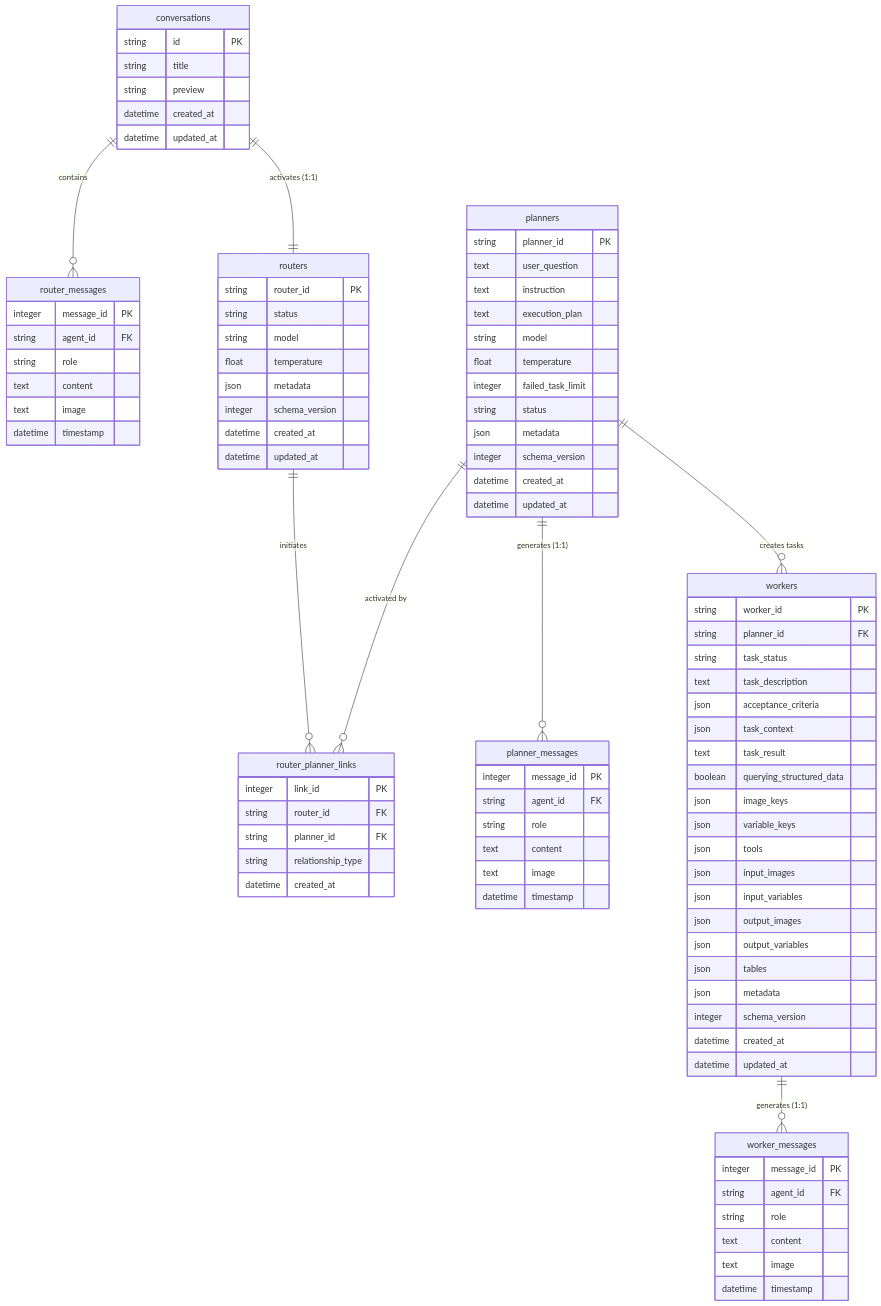
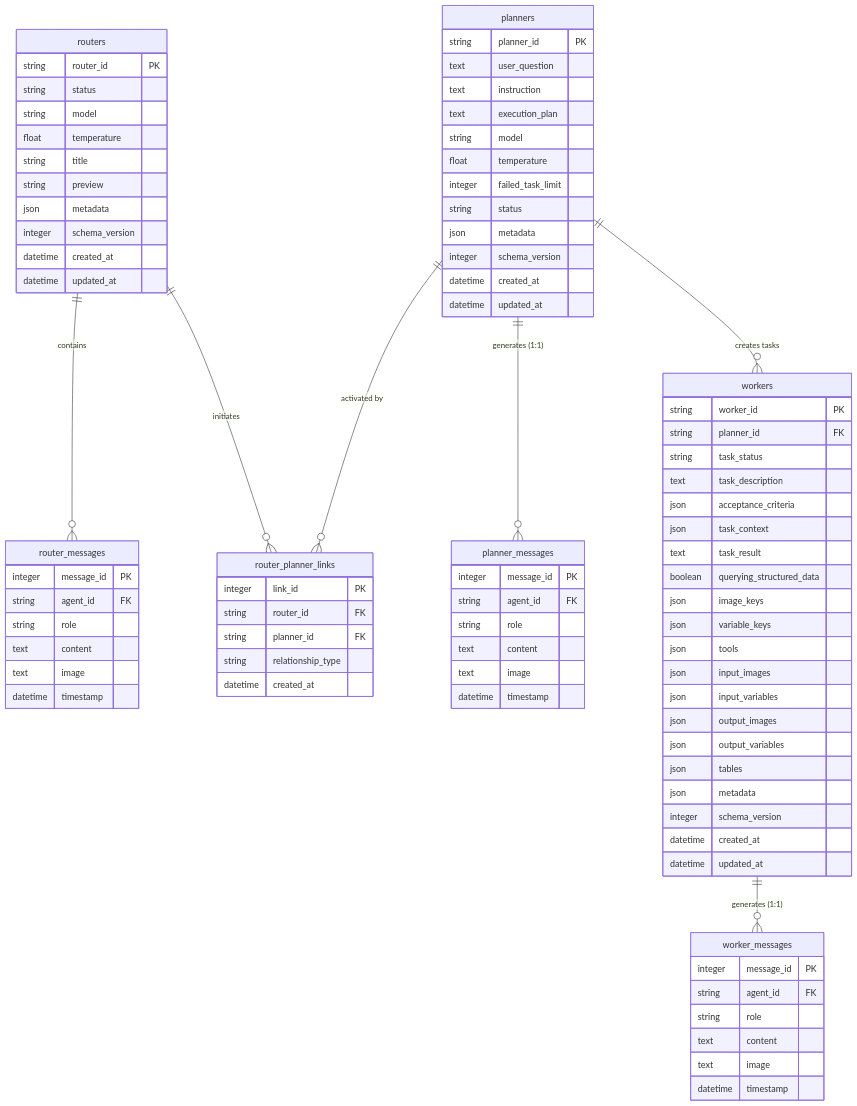
Before and after one commit to bryan-zxc/agent: the first of 3 diagrams in backend/docs/database/erd.md, drawn with Mermaid. The commit also changed other lines of this file and 41 other files, not shown here.

````diff
--- a/backend/docs/database/erd.md
+++ b/backend/docs/database/erd.md
@@ -5,26 +5,20 @@
 ```mermaid
 erDiagram
-    conversations ||--o{ router_messages : contains
-    conversations ||--|| routers : "activates (1:1)"
+    routers ||--o{ router_messages : contains
     routers ||--o{ router_planner_links : "initiates"
     planners ||--o{ router_planner_links : "activated by"
     planners ||--o{ planner_messages : "generates (1:1)"
     planners ||--o{ workers : "creates tasks"
     workers ||--o{ worker_messages : "generates (1:1)"
     
-    conversations {
-        string id PK
-        string title
-        string preview  
-        datetime created_at
-        datetime updated_at
-    }
     
     routers {
         string router_id PK
         string status
         string model
         float temperature
+        string title
+        string preview
         json metadata
         integer schema_version
         datetime created_at
````
